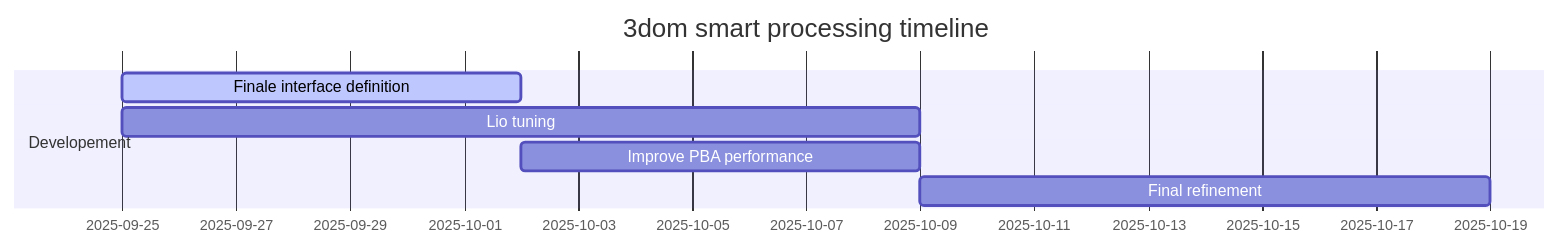
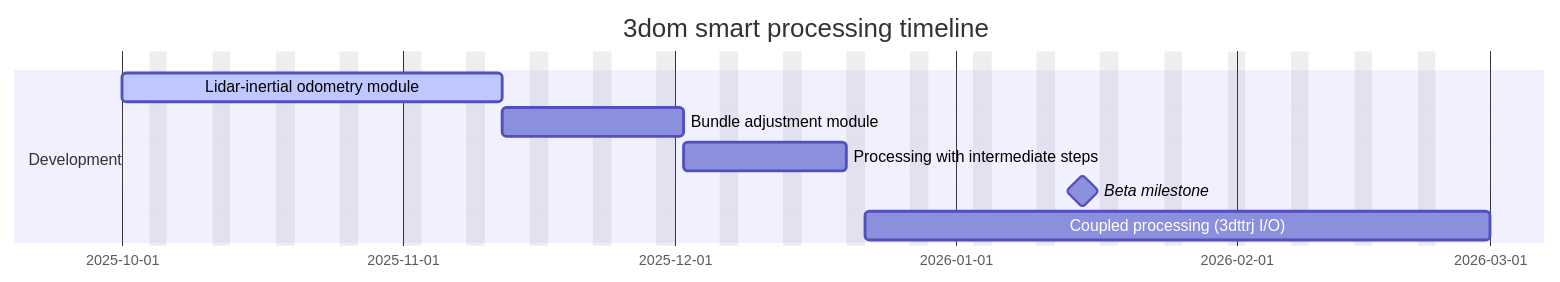
One commit to SamueleFacenda/obsidian changed the second of 2 diagrams in unitn/altro/Logica Computazionale.md. Above: the diagram before and after it, drawn with Mermaid.

Commit message:
vault backup auto nixos: 2025-09-25 14:53:52

````diff
--- a/unitn/altro/Logica Computazionale.md
+++ b/unitn/altro/Logica Computazionale.md
@@ -92,10 +92,13 @@
 ```mermaid
 gantt
-	title 3dom smart processing timeline
-	dateFormat DD-MM-YYYY
-	section Developement
-		Finale interface definition :active, d1, 25-09-2025, 7d
-		Lio tuning : d2, 25-09-2025, 14d
-		Improve PBA performance : d3, after d1, 7d
-		Final refinement : d4, after d3, 10d
+    title 3dom smart processing timeline
+    dateFormat  YYYY-MM-DD
+    excludes    weekends
+
+    section Development
+    Lidar-inertial odometry module      :active, lio, 2025-10-01, 30d
+    Bundle adjustment module            :ba, after lio, 14d
+    Processing with intermediate steps  :pint, after ba, 14d
+    Beta milestone                      :milestone, beta, 2026-01-15, 0d
+    Coupled processing (3dttrj I/O)     :cp, after pint, 2026-03-01
 ```
````
